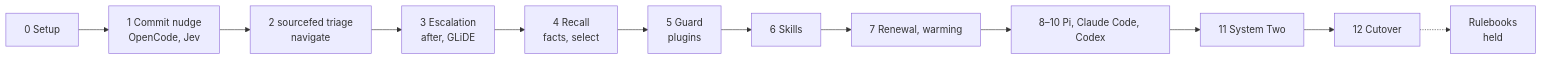
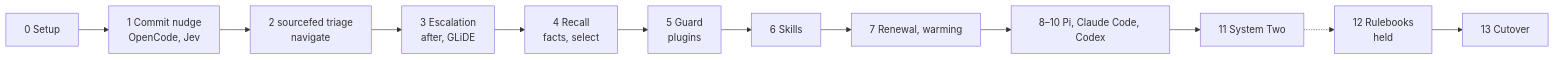
One commit to StevenJPx2/chauffeur changed the first of 16 diagrams in docs/plans/pluggability.md. Above: the diagram before and after it, drawn with Mermaid. The commit also changed other lines of this file, not shown here.

First line of the commit message:
docs(plans): settle rc install, rulebooks before cutover, bm25 timing

````diff
--- a/docs/plans/pluggability.md
+++ b/docs/plans/pluggability.md
@@ -50,14 +50,14 @@
 ```mermaid
 flowchart LR
     S0["0 Setup"] --> S1["1 Commit nudge<br/>OpenCode, Jev"]
     S1 --> S2["2 sourcefed triage<br/>navigate"]
     S2 --> S3["3 Escalation<br/>after, GLiDE"]
     S3 --> S4["4 Recall<br/>facts, select"]
     S4 --> S5["5 Guard<br/>plugins"]
     S5 --> S6["6 Skills"]
     S6 --> S7["7 Renewal, warming"]
     S7 --> S8["8–10 Pi, Claude Code, Codex"]
     S8 --> S11["11 System Two"]
-    S11 --> S12["12 Cutover"]
-    S12 -.-> RB["Rulebooks<br/>held"]
+    S11 -.-> S12["12 Rulebooks<br/>held"]
+    S12 --> S13["13 Cutover"]
 ```
````
